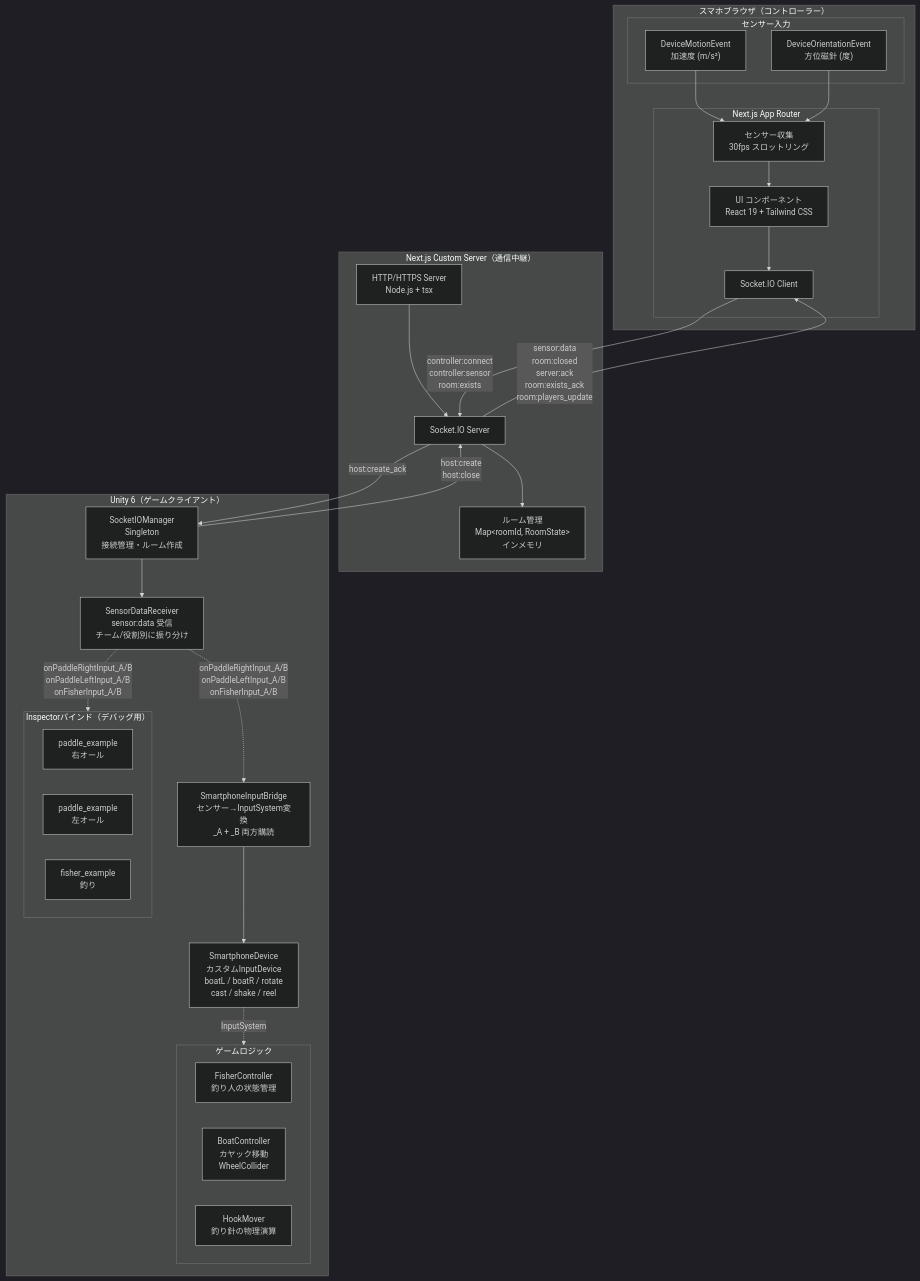
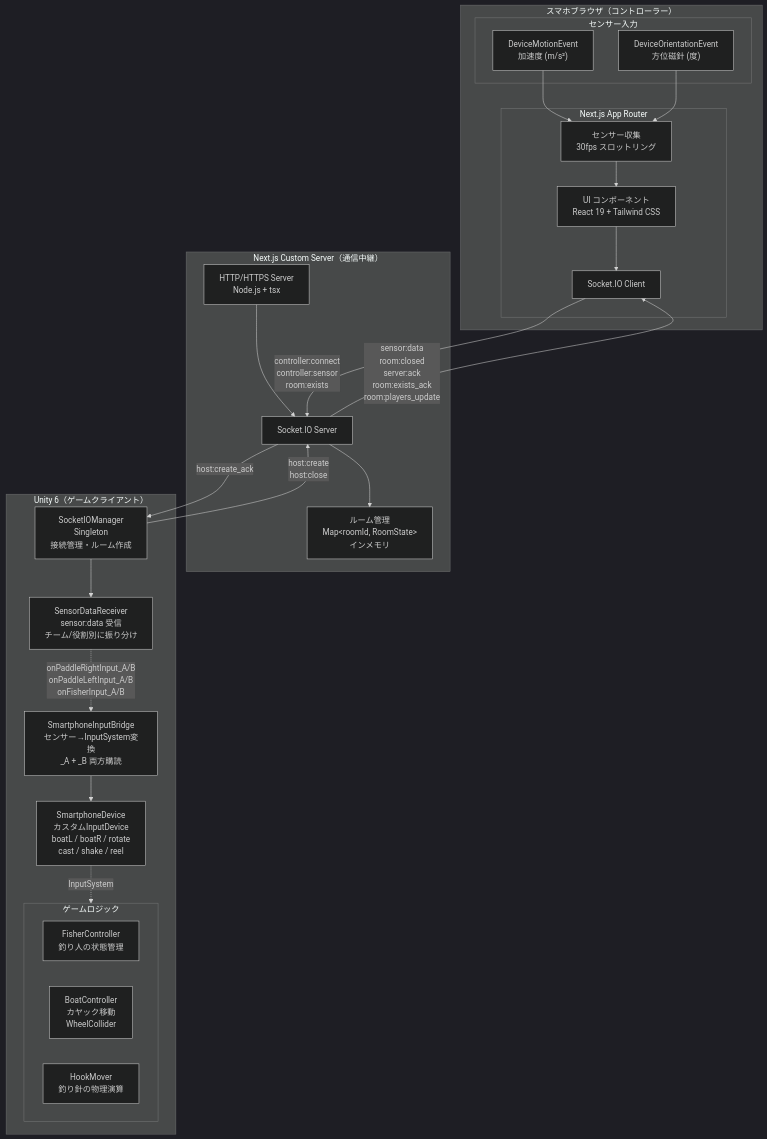
Before and after one commit to guriguri00451/alounity: the first of 2 diagrams in docs/03_Architecture.md, drawn with Mermaid (dark theme).

Commit message:
fix: 不要なInspectorバインドを削除

````diff
--- a/docs/03_Architecture.md
+++ b/docs/03_Architecture.md
@@ -5,56 +5,49 @@
 ```mermaid
 graph TB
     subgraph スマホブラウザ["スマホブラウザ（コントローラー）"]
         subgraph センサー入力["センサー入力"]
             DM["DeviceMotionEvent<br/>加速度 (m/s²)"]
             DO["DeviceOrientationEvent<br/>方位磁針 (度)"]
         end
         subgraph Next.js App["Next.js App Router"]
             UI["UI コンポーネント<br/>React 19 + Tailwind CSS"]
             SC["センサー収集<br/>30fps スロットリング"]
             SIOC["Socket.IO Client"]
         end
         DM --> SC
         DO --> SC
         SC --> UI
         UI --> SIOC
     end
 
     subgraph サーバー["Next.js Custom Server（通信中継）"]
         HTTP["HTTP/HTTPS Server<br/>Node.js + tsx"]
         SIOS["Socket.IO Server"]
         ROOM["ルーム管理<br/>Map&lt;roomId, RoomState&gt;<br/>インメモリ"]
         HTTP --> SIOS
         SIOS --> ROOM
     end
 
     subgraph Unity["Unity 6（ゲームクライアント）"]
         SIOU["SocketIOManager<br/>Singleton<br/>接続管理・ルーム作成"]
         SDR["SensorDataReceiver<br/>sensor:data 受信<br/>チーム/役割別に振り分け"]
         SIB["SmartphoneInputBridge<br/>センサー→InputSystem変換<br/>_A + _B 両方購読"]
         SD["SmartphoneDevice<br/>カスタムInputDevice<br/>boatL / boatR / rotate<br/>cast / shake / reel"]
 
-        subgraph Inspectorバインド["Inspectorバインド（デバッグ用）"]
-            PE1["paddle_example<br/>右オール"]
-            PE2["paddle_example<br/>左オール"]
-            FE["fisher_example<br/>釣り"]
-        end
-
         subgraph ゲームロジック["ゲームロジック"]
             FC["FisherController<br/>釣り人の状態管理"]
             BC["BoatController<br/>カヤック移動<br/>WheelCollider"]
             HM["HookMover<br/>釣り針の物理演算"]
         end
 
         SIOU --> SDR
         SDR -. "onPaddleRightInput_A/B<br/>onPaddleLeftInput_A/B<br/>onFisherInput_A/B" .-> SIB
-        SDR -. "onPaddleRightInput_A/B<br/>onPaddleLeftInput_A/B<br/>onFisherInput_A/B" .-> Inspectorバインド
         SIB --> SD
         SD -. "InputSystem" .-> ゲームロジック
     end
 
     SIOC -- "controller:connect<br/>controller:sensor<br/>room:exists" --> SIOS
     SIOS -- "sensor:data<br/>room:closed<br/>server:ack<br/>room:exists_ack<br/>room:players_update" --> SIOC
     SIOU -- "host:create<br/>host:close" --> SIOS
     SIOS -- "host:create_ack" --> SIOU
 ```
````
